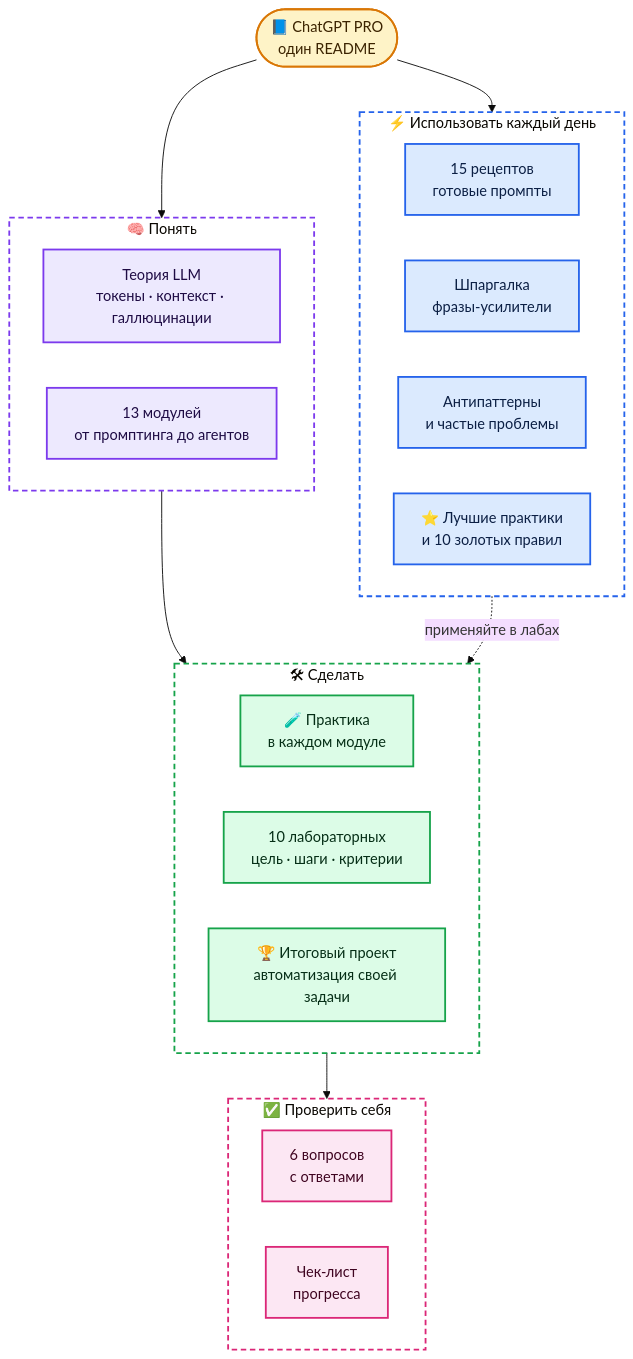
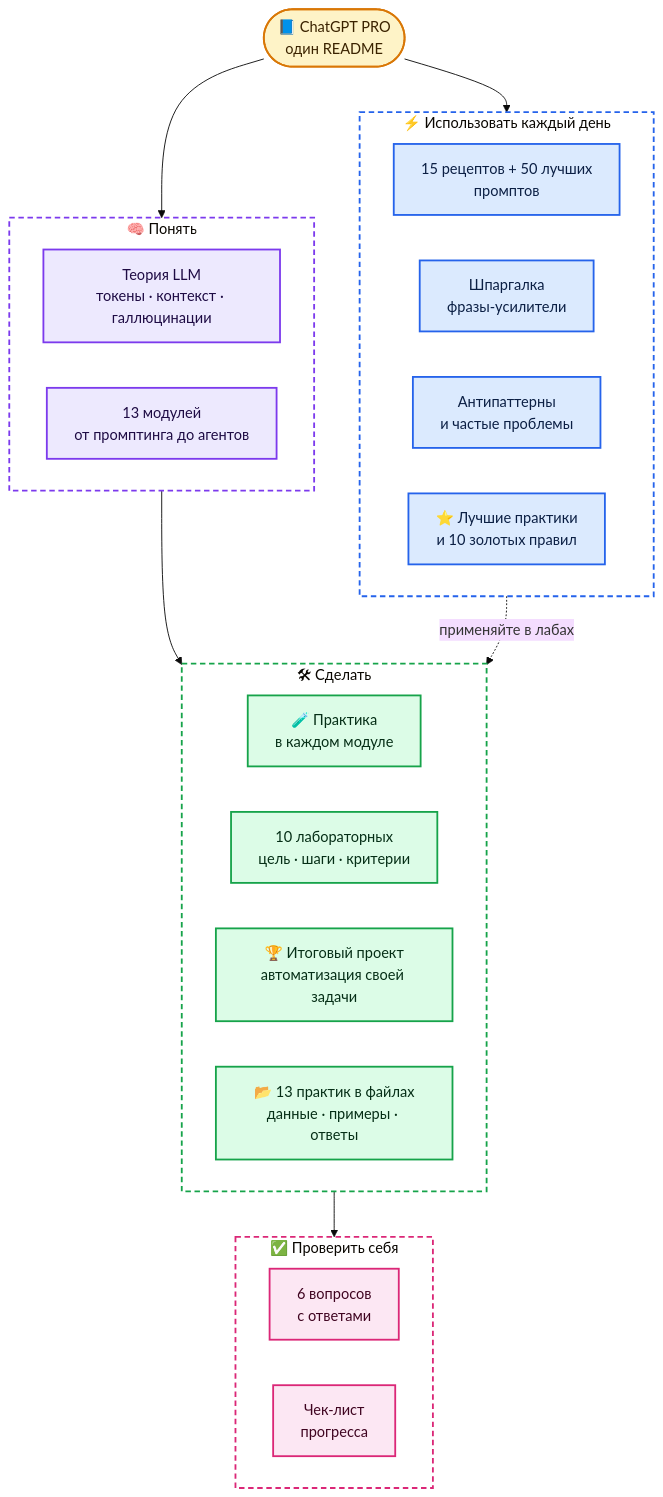
Before and after one commit to justxor/ChatGPT_ru: the first of 14 diagrams in README.md, drawn with Mermaid (base theme). The commit also changed other lines of this file, not shown here.

Commit message:
README: обложка и раздел «Практикум в файлах»

````diff
--- a/README.md
+++ b/README.md
@@ -29,40 +35,41 @@
 ```mermaid
 flowchart TB
     R(["📘 ChatGPT PRO<br/>один README"]):::model
     subgraph TH["🧠 Понять"]
         direction LR
         T1["Теория LLM<br/>токены · контекст · галлюцинации"]:::ctx
         T2["13 модулей<br/>от промптинга до агентов"]:::ctx
     end
     subgraph PR["🛠 Сделать"]
         direction LR
         P1["🧪 Практика<br/>в каждом модуле"]:::tool
         P2["10 лабораторных<br/>цель · шаги · критерии"]:::tool
         P3["🏆 Итоговый проект<br/>автоматизация своей задачи"]:::tool
+        P4["📂 13 практик в файлах<br/>данные · примеры · ответы"]:::tool
     end
     subgraph US["⚡ Использовать каждый день"]
         direction LR
-        U1["15 рецептов<br/>готовые промпты"]:::user
+        U1["15 рецептов + 50 лучших<br/>промптов"]:::user
         U2["Шпаргалка<br/>фразы-усилители"]:::user
         U3["Антипаттерны<br/>и частые проблемы"]:::user
         U4["⭐ Лучшие практики<br/>и 10 золотых правил"]:::user
     end
     subgraph CK["✅ Проверить себя"]
         direction LR
         C1["6 вопросов<br/>с ответами"]:::out
         C2["Чек-лист<br/>прогресса"]:::out
     end
     R --> TH --> PR --> CK
     R --> US
     US -. "применяйте в лабах" .-> PR
     style TH fill:none,stroke:#7c3aed,stroke-width:2px,stroke-dasharray:6 4
     style PR fill:none,stroke:#16a34a,stroke-width:2px,stroke-dasharray:6 4
     style US fill:none,stroke:#2563eb,stroke-width:2px,stroke-dasharray:6 4
     style CK fill:none,stroke:#db2777,stroke-width:2px,stroke-dasharray:6 4
     classDef user fill:#dbeafe,stroke:#2563eb,stroke-width:2px,color:#0b1f44
     classDef ctx fill:#ede9fe,stroke:#7c3aed,stroke-width:2px,color:#1e0b44
     classDef model fill:#fef3c7,stroke:#d97706,stroke-width:2px,color:#3b2300
     classDef tool fill:#dcfce7,stroke:#16a34a,stroke-width:2px,color:#052e16
     classDef out fill:#fce7f3,stroke:#db2777,stroke-width:2px,color:#3f0420
     classDef warn fill:#fee2e2,stroke:#dc2626,stroke-width:2px,color:#450a0a
 ```
````
